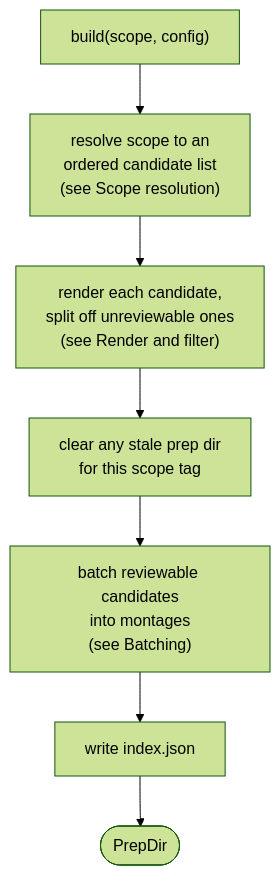
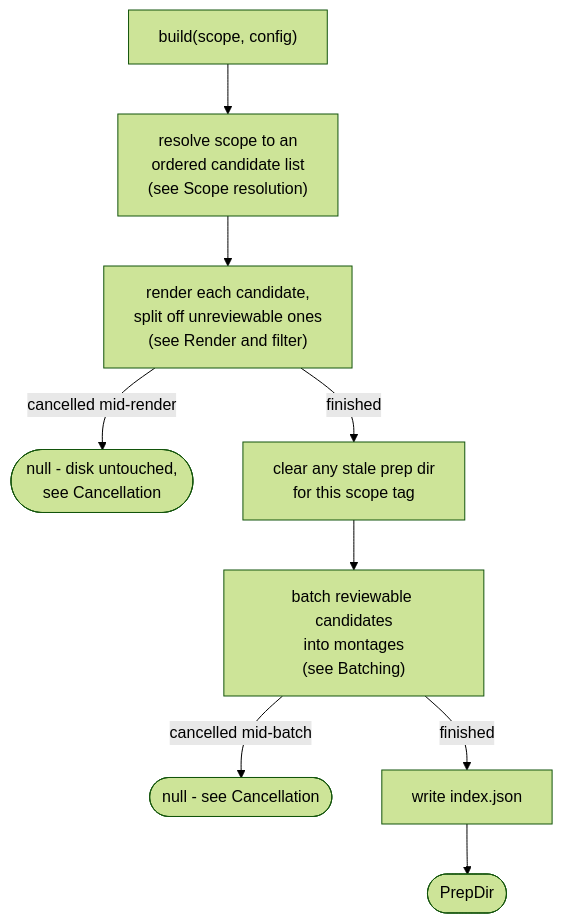
One commit to AdrianNachev91/sluice changed the first of 4 diagrams in app/docs/design/adapter/imaging/cull-montage-renderer.md. Above: the diagram before and after it, drawn with Mermaid (forest theme). The commit also changed other lines of this file and 17 other files, not shown here.

First line of the commit message:
feat(java-port): Phase 12 - chunk 10 mid-loop cancellation for commit/rescue/montage-render/apply

````diff
--- a/app/docs/design/adapter/imaging/cull-montage-renderer.md
+++ b/app/docs/design/adapter/imaging/cull-montage-renderer.md
@@ -11,9 +11,11 @@
 ```mermaid
 flowchart TD
     A["build(scope, config)"] --> B["resolve scope to an<br/>ordered candidate list<br/>(see Scope resolution)"]
     B --> C["render each candidate,<br/>split off unreviewable ones<br/>(see Render and filter)"]
-    C --> D["clear any stale prep dir<br/>for this scope tag"]
+    C -- "cancelled mid-render" --> CZ(["null - disk untouched,<br/>see Cancellation"])
+    C -- "finished" --> D["clear any stale prep dir<br/>for this scope tag"]
     D --> E["batch reviewable candidates<br/>into montages<br/>(see Batching)"]
-    E --> F["write index.json"]
+    E -- "cancelled mid-batch" --> EZ(["null - see Cancellation"])
+    E -- "finished" --> F["write index.json"]
     F --> G(["PrepDir"])
 ```
````
